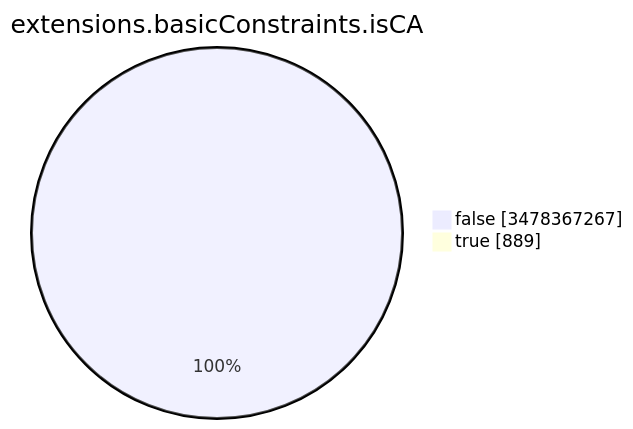
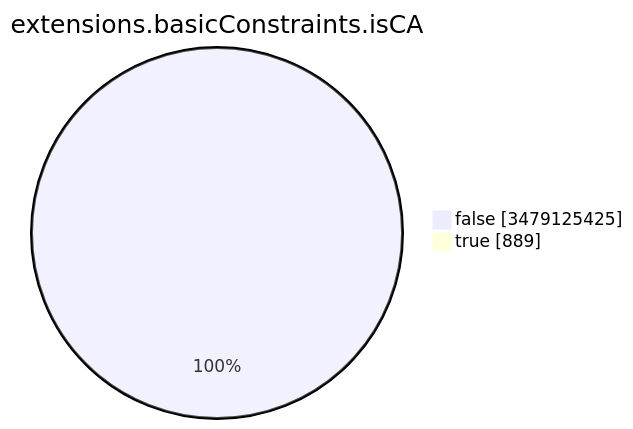
One commit to christiankrug/ctmonitor_visualization changed the seventh of 15 diagrams in TOTAL/README.md. Above: the diagram before and after it, drawn with Mermaid. The commit also changed other lines of this file, not shown here.

````diff
--- a/TOTAL/README.md
+++ b/TOTAL/README.md
@@ -3093,6 +3093,6 @@
 ```mermaid
 pie showData
 title extensions.basicConstraints.isCA
-"false" :3478367267
+"false" :3479125425
 "true" :889
 ```
````
